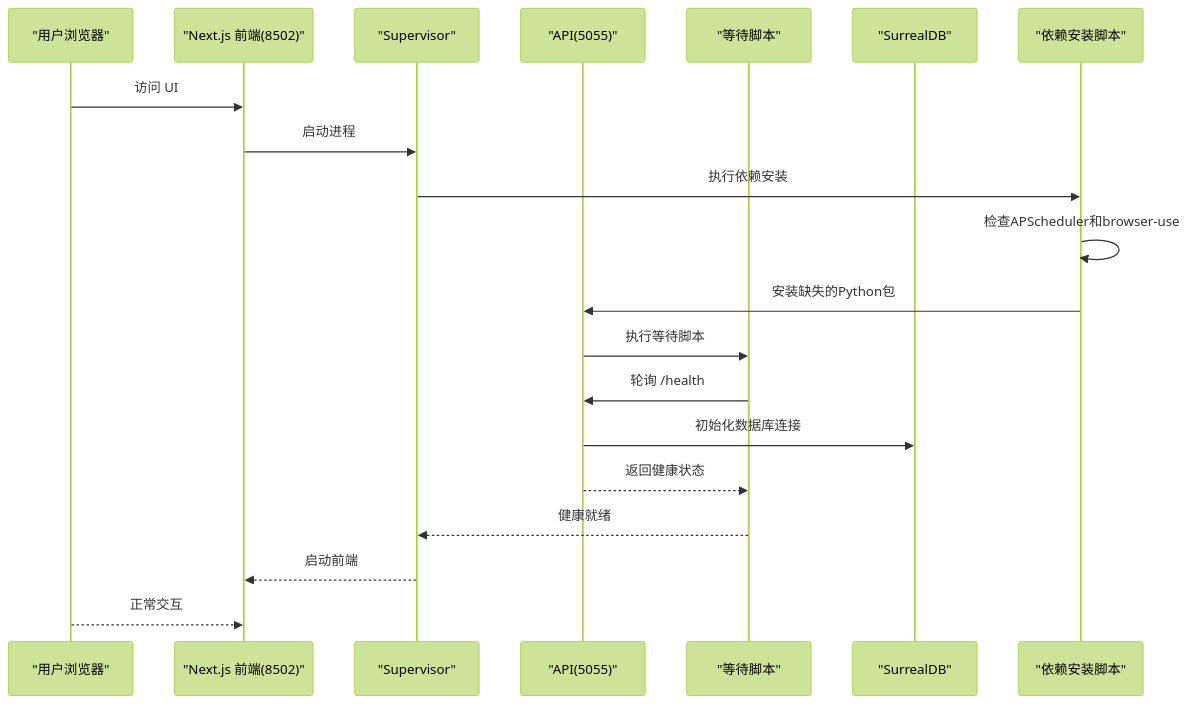
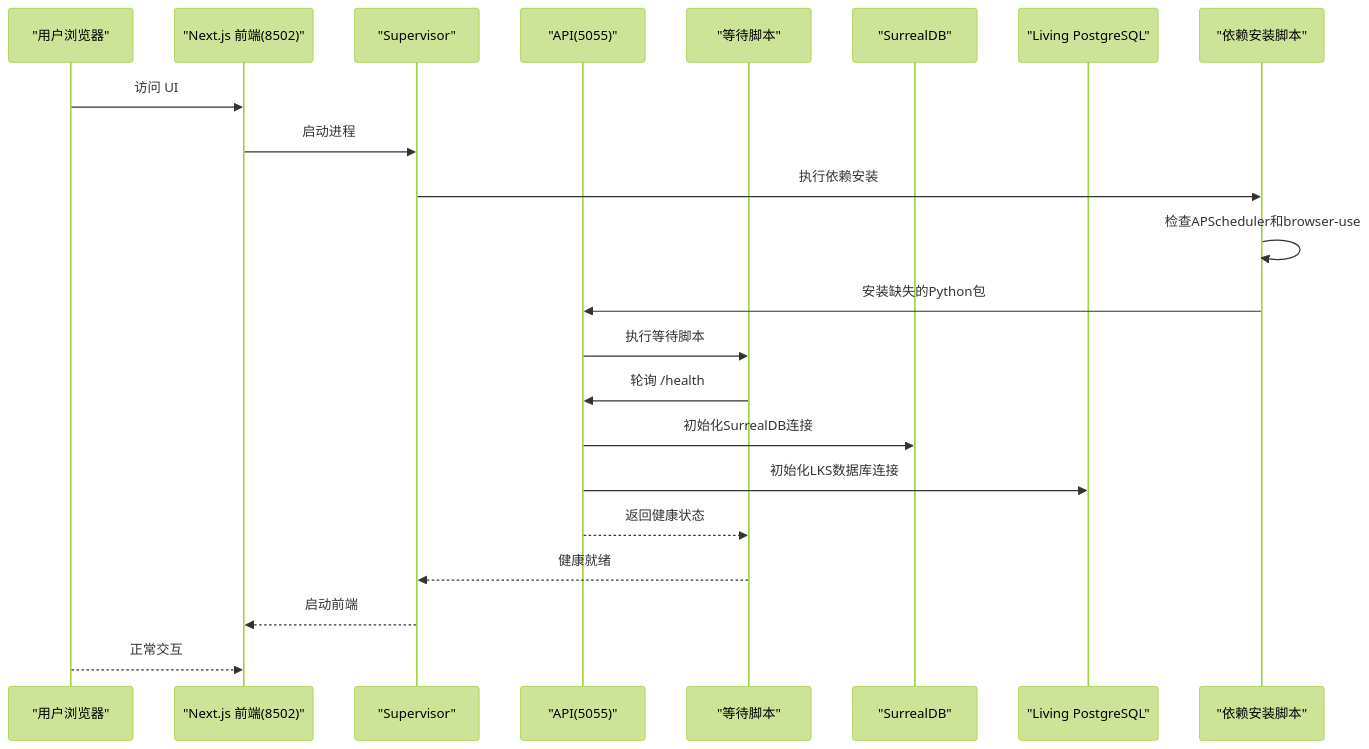
Before and after one commit to jackeyunjie/open-notebook: the third of 7 diagrams in .qoder/repowiki/zh/content/安装与部署/Docker Compose 部署.md, drawn with Mermaid (forest theme). The commit also changed other lines of this file and 51 other files, not shown here.

````diff
--- a/.qoder/repowiki/zh/content/安装与部署/Docker Compose 部署.md
+++ b/.qoder/repowiki/zh/content/安装与部署/Docker Compose 部署.md
@@ -278,22 +346,24 @@
 ```mermaid
 sequenceDiagram
 participant U as "用户浏览器"
 participant F as "Next.js 前端(8502)"
 participant S as "Supervisor"
 participant A as "API(5055)"
 participant W as "等待脚本"
 participant D as "SurrealDB"
+participant L as "Living PostgreSQL"
 participant I as "依赖安装脚本"
 U->>F : 访问 UI
 F->>S : 启动进程
 S->>I : 执行依赖安装
 I->>I : 检查APScheduler和browser-use
 I->>A : 安装缺失的Python包
 A->>W : 执行等待脚本
 W->>A : 轮询 /health
-A->>D : 初始化数据库连接
+A->>D : 初始化SurrealDB连接
+A->>L : 初始化LKS数据库连接
 A-->>W : 返回健康状态
 W-->>S : 健康就绪
 S-->>F : 启动前端
 U-->>F : 正常交互
 ```
````
